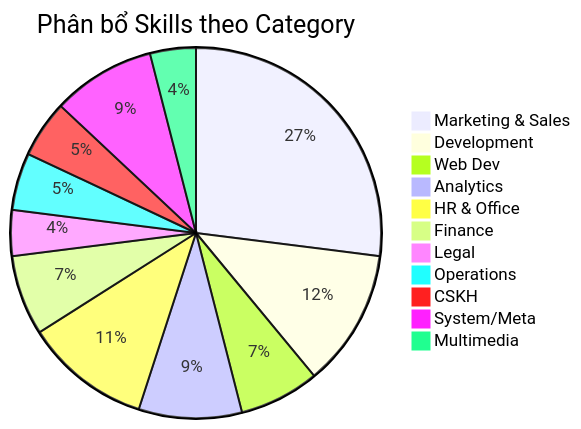
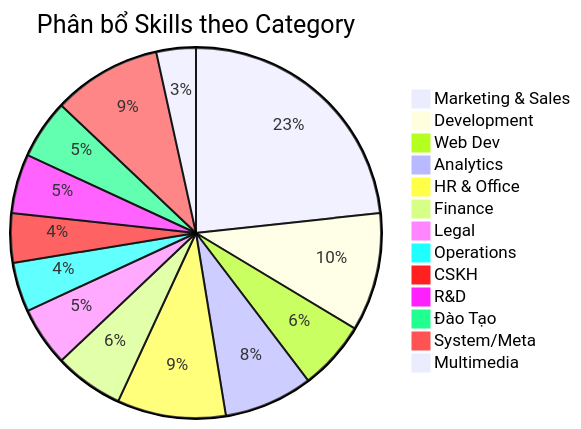
Before and after one commit to xaotiensinh-abm/abm-workforce: the fourth of 5 diagrams in README.md, drawn with Mermaid. The commit also changed other lines of this file and 36 other files, not shown here.

Commit message:
feat: v3.5 — README viết lại + 13 skills mới (R&D 6, Đào Tạo 6, prompt-sentinel) + 3 workflows + 2 SubAgents + dashboard auto-sync | 116 skills, 18 workflows, 11 phòng ban

````diff
--- a/README.md
+++ b/README.md
@@ -216,14 +230,16 @@
 ```mermaid
 pie title Phân bổ Skills theo Category
     "Marketing & Sales" : 27
     "Development" : 12
     "Web Dev" : 7
     "Analytics" : 9
     "HR & Office" : 11
     "Finance" : 7
-    "Legal" : 4
+    "Legal" : 6
     "Operations" : 5
     "CSKH" : 5
-    "System/Meta" : 9
+    "R&D" : 6
+    "Đào Tạo" : 6
+    "System/Meta" : 11
     "Multimedia" : 4
 ```
````
